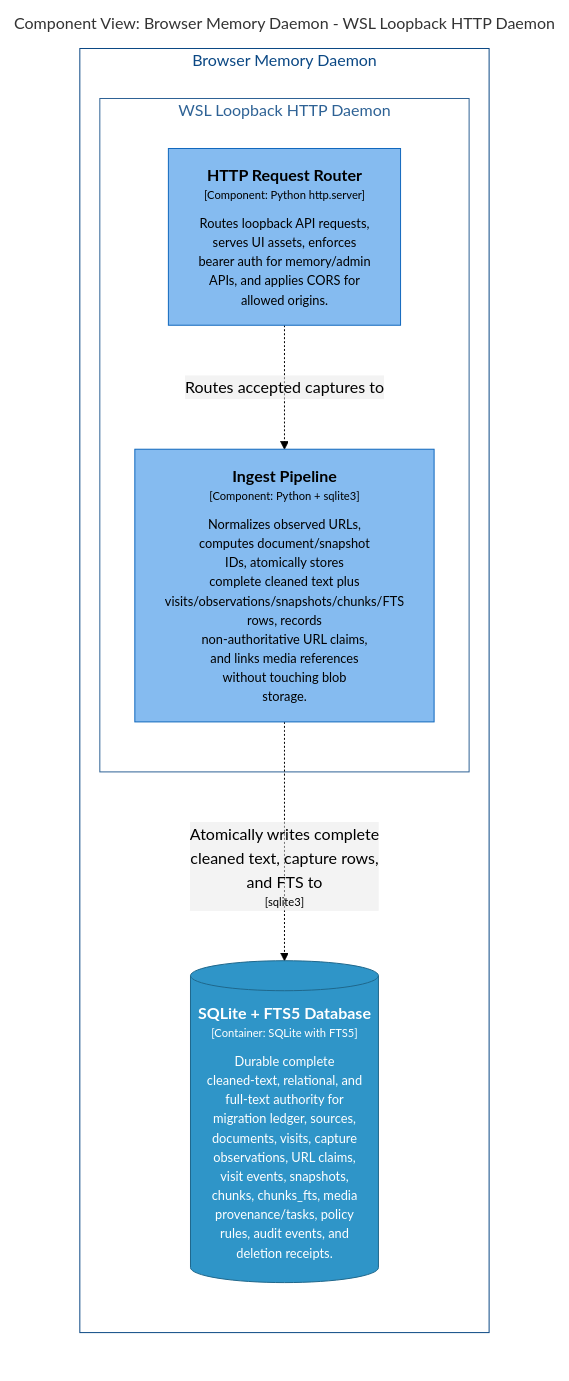
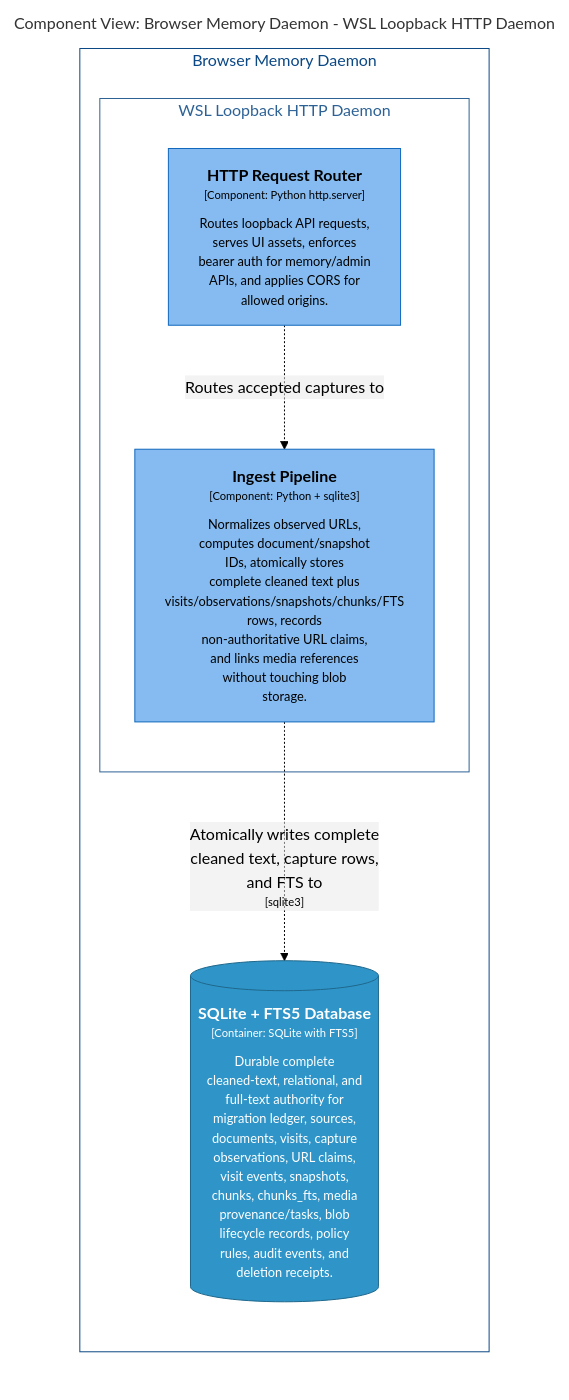
Before and after one commit to michaelnicks0/browser-memory-daemon: the diagram in docs/architecture/diagrams/markdown/DaemonIngestComponents.md, drawn with Mermaid (forest theme). The commit also changed 201 other files, not shown here.

````diff
--- a/docs/architecture/diagrams/markdown/DaemonIngestComponents.md
+++ b/docs/architecture/diagrams/markdown/DaemonIngestComponents.md
@@ -16,28 +16,28 @@
 ```mermaid
 graph LR
   linkStyle default fill:#ffffff
 
   subgraph diagram ["Component View: Browser Memory Daemon - WSL Loopback HTTP Daemon"]
     style diagram fill:#ffffff,stroke:#ffffff
 
     subgraph 4 ["Browser Memory Daemon"]
       style 4 fill:#ffffff,stroke:#0b4884,color:#0b4884
 
       subgraph 14 ["WSL Loopback HTTP Daemon"]
         style 14 fill:#ffffff,stroke:#2e6295,color:#2e6295
 
         15["<div style='font-weight: bold'>HTTP Request Router</div><div style='font-size: 70%; margin-top: 0px'>[Component: Python http.server]</div><div style='font-size: 80%; margin-top:10px'>Routes loopback API requests,<br />serves UI assets, enforces<br />bearer auth for memory/admin<br />APIs, and applies CORS for<br />allowed origins.</div>"]
         style 15 fill:#85bbf0,stroke:#1168bd,color:#000000
         19["<div style='font-weight: bold'>Ingest Pipeline</div><div style='font-size: 70%; margin-top: 0px'>[Component: Python + sqlite3]</div><div style='font-size: 80%; margin-top:10px'>Normalizes observed URLs,<br />computes document/snapshot<br />IDs, atomically stores<br />complete cleaned text plus<br />visits/observations/snapshots/chunks/FTS<br />rows, records<br />non-authoritative URL claims,<br />and links media references<br />without touching blob<br />storage.</div>"]
         style 19 fill:#85bbf0,stroke:#1168bd,color:#000000
       end
 
-      29[("<div style='font-weight: bold'>SQLite + FTS5 Database</div><div style='font-size: 70%; margin-top: 0px'>[Container: SQLite with FTS5]</div><div style='font-size: 80%; margin-top:10px'>Durable complete<br />cleaned-text, relational, and<br />full-text authority for<br />migration ledger, sources,<br />documents, visits, capture<br />observations, URL claims,<br />visit events, snapshots,<br />chunks, chunks_fts, media<br />provenance/tasks, policy<br />rules, audit events, and<br />deletion receipts.</div>")]
-      style 29 fill:#2f95c8,stroke:#20688c,color:#ffffff
+      30[("<div style='font-weight: bold'>SQLite + FTS5 Database</div><div style='font-size: 70%; margin-top: 0px'>[Container: SQLite with FTS5]</div><div style='font-size: 80%; margin-top:10px'>Durable complete<br />cleaned-text, relational, and<br />full-text authority for<br />migration ledger, sources,<br />documents, visits, capture<br />observations, URL claims,<br />visit events, snapshots,<br />chunks, chunks_fts, media<br />provenance/tasks, blob<br />lifecycle records, policy<br />rules, audit events, and<br />deletion receipts.</div>")]
+      style 30 fill:#2f95c8,stroke:#20688c,color:#ffffff
     end
 
     15-. "<div>Routes accepted captures to</div><div style='font-size: 70%'></div>" .->19
-    19-. "<div>Atomically writes complete<br />cleaned text, capture rows,<br />and FTS to</div><div style='font-size: 70%'>[sqlite3]</div>" .->29
+    19-. "<div>Atomically writes complete<br />cleaned text, capture rows,<br />and FTS to</div><div style='font-size: 70%'>[sqlite3]</div>" .->30
 
   end
 ```
````
